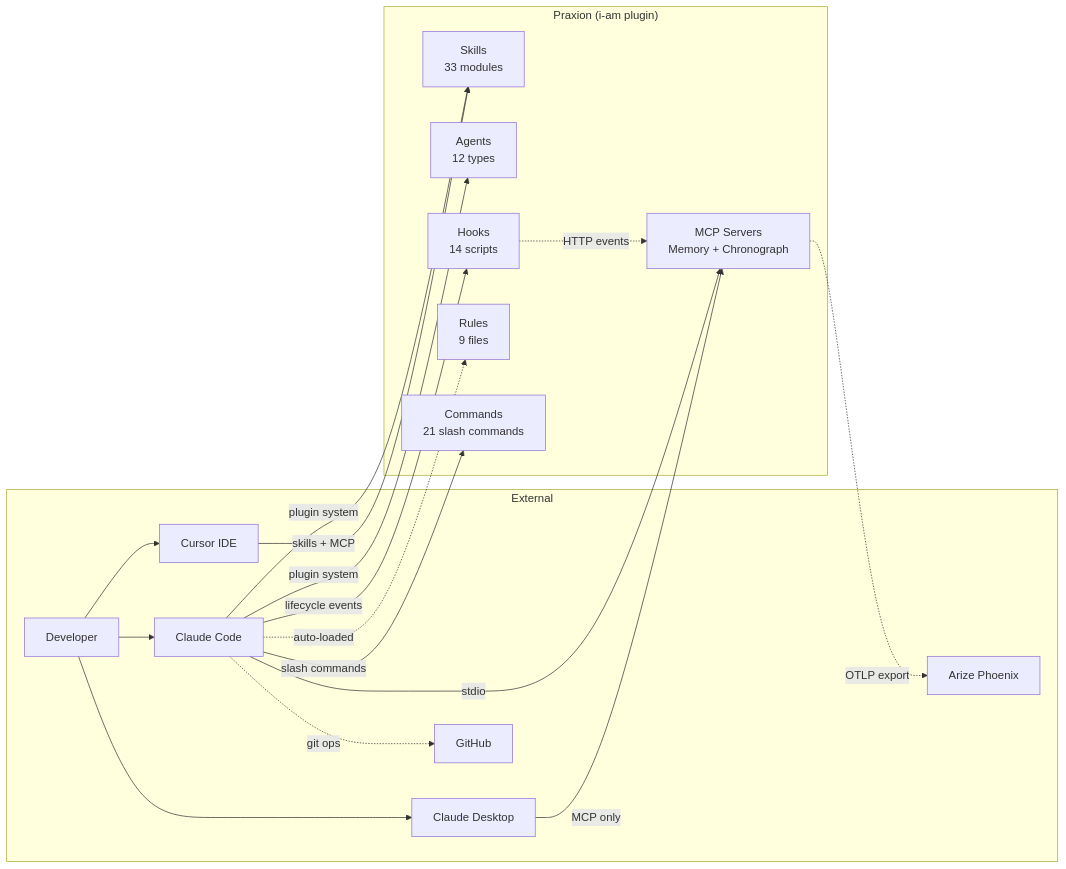
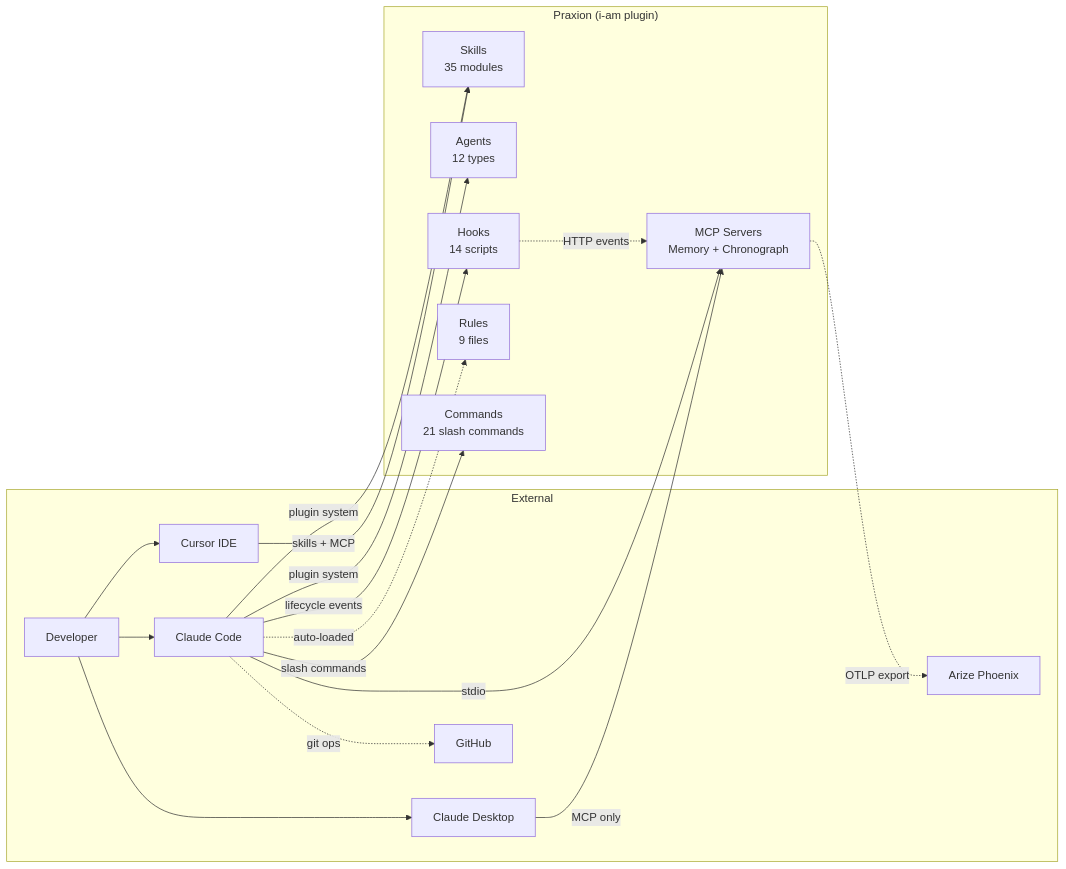
One commit to francisco-perez-sorrosal/praxion changed the first of 4 diagrams in docs/architecture.md. Above: the diagram before and after it, drawn with Mermaid. The commit also changed other lines of this file and 9 other files, not shown here.

First line of the commit message:
docs(phase4): Close ROADMAP Phase 4.2-4.6 + update catalogs

````diff
--- a/docs/architecture.md
+++ b/docs/architecture.md
@@ -31,33 +31,33 @@
 ```mermaid
 graph LR
     subgraph External
         Dev[Developer]
         CC[Claude Code]
         CD[Claude Desktop]
         Cursor[Cursor IDE]
         Phoenix[Arize Phoenix]
         GH[GitHub]
     end
     subgraph Praxion["Praxion (i-am plugin)"]
-        Skills[Skills<br/>33 modules]
+        Skills[Skills<br/>35 modules]
         Agents[Agents<br/>12 types]
         Hooks[Hooks<br/>14 scripts]
         MCP[MCP Servers<br/>Memory + Chronograph]
         Rules[Rules<br/>9 files]
         Cmds[Commands<br/>21 slash commands]
     end
     Dev --> CC
     Dev --> CD
     Dev --> Cursor
     CC -->|plugin system| Skills
     CC -->|plugin system| Agents
     CC -->|lifecycle events| Hooks
     CC -->|stdio| MCP
     CC -->|slash commands| Cmds
     CC -.->|auto-loaded| Rules
     CD -->|MCP only| MCP
     Cursor -->|skills + MCP| Skills
     MCP -.->|OTLP export| Phoenix
     Hooks -.->|HTTP events| MCP
     CC -.->|git ops| GH
 ```
````
